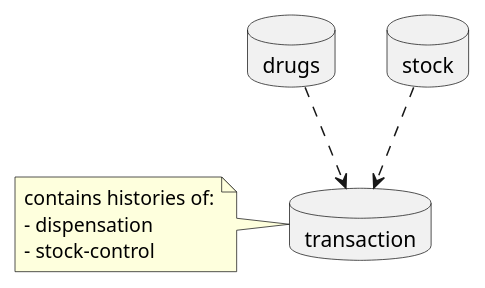
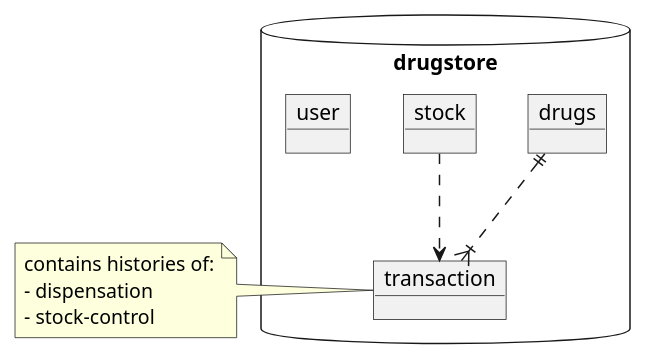
One commit to lucahost/drugstore changed the diagram in docs/data-model/00_overview.plantuml. Above: the diagram before and after it, drawn with PlantUML.

Commit message:
Data-Model Overview

```diff
--- a/docs/data-model/00_overview.plantuml
+++ b/docs/data-model/00_overview.plantuml
@@ -1,17 +1,20 @@
 @startuml data-model-overview
 
-database drugs
-database stock
-database transaction
+database drugstore {
+  object drugs
+  object stock
+  object transaction
+  object user
 
-drugs ..> transaction
+}
+
+drugs ||..|{ transaction
 stock ..> transaction
-
 
 note left of transaction
   contains histories of:
   - dispensation
   - stock-control
 end note
 
 @enduml
```
